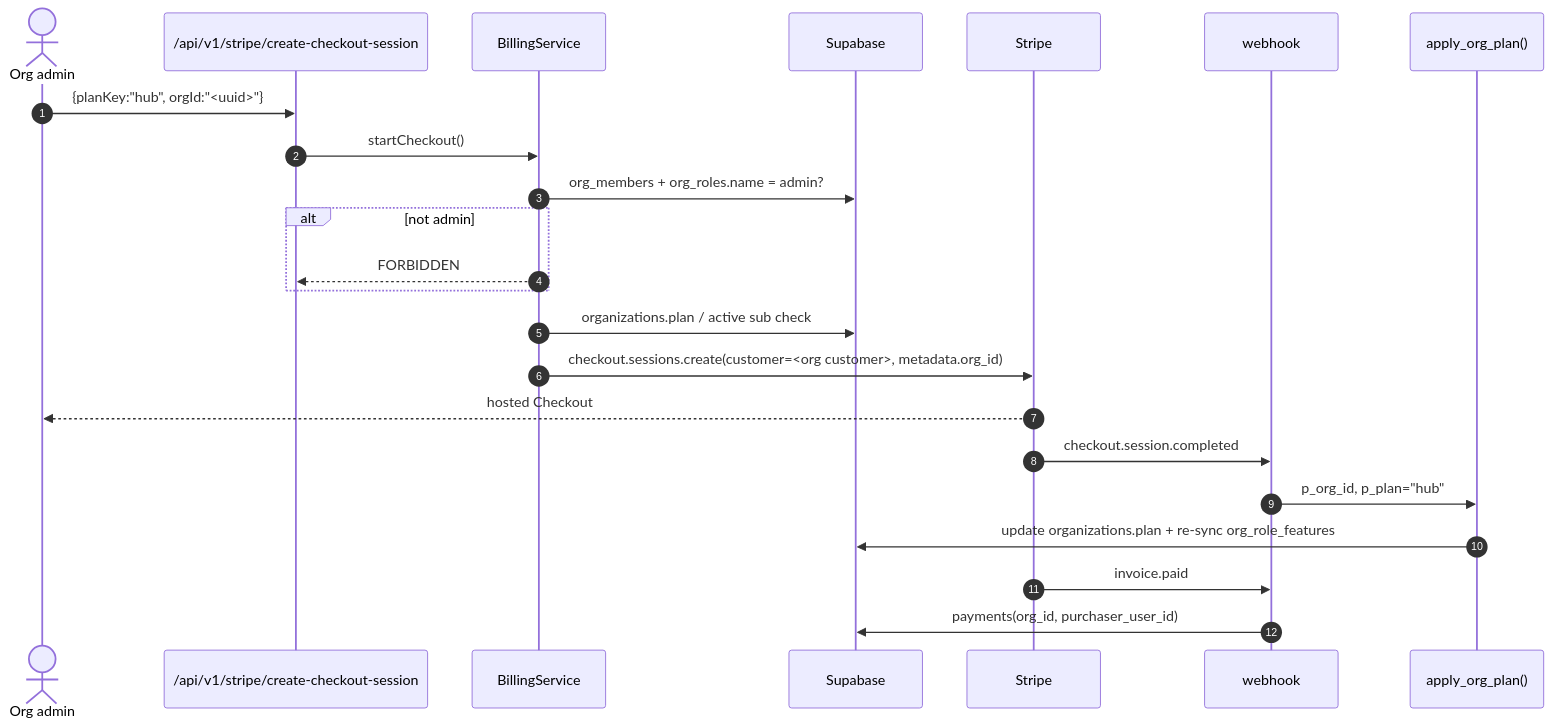
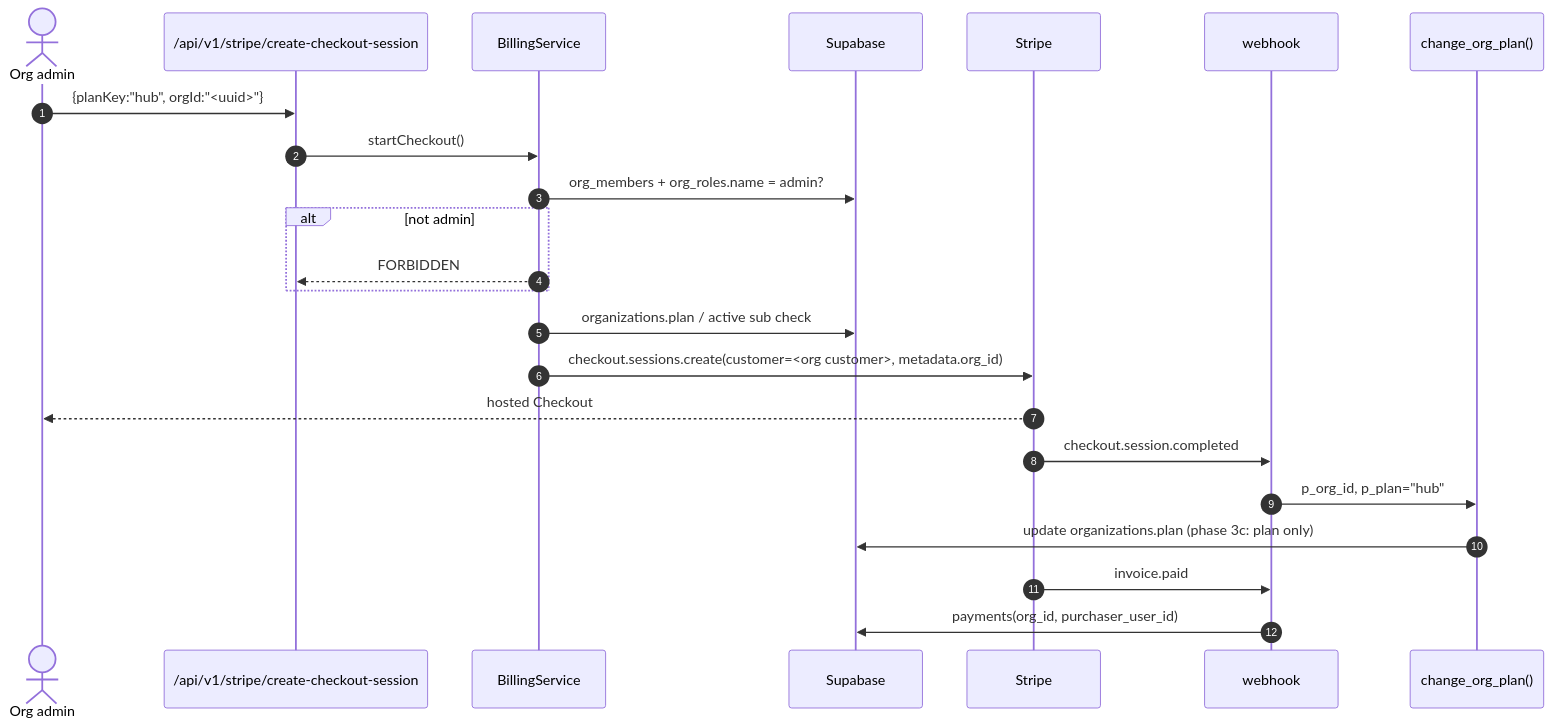
One commit to logyQT/studiq changed the third of 6 diagrams in docs/plans/662-stripe-integration.md. Above: the diagram before and after it, drawn with Mermaid. The commit also changed other lines of this file and 55 other files, not shown here.

First line of the commit message:
feat(db): the org plan is the only org entitlement state (ADR-0015 phase 3c) (#1408)

````diff
--- a/docs/plans/662-stripe-integration.md
+++ b/docs/plans/662-stripe-integration.md
@@ -169,26 +169,26 @@
 ```mermaid
 sequenceDiagram
     autonumber
     actor A as Org admin
     participant API as /api/v1/stripe/create-checkout-session
     participant B as BillingService
     participant DB as Supabase
     participant S as Stripe
     participant W as webhook
-    participant F as apply_org_plan()
+    participant F as change_org_plan()
 
     A->>API: {planKey:"hub", orgId:"<uuid>"}
     API->>B: startCheckout()
     B->>DB: org_members + org_roles.name = admin?
     alt not admin
         B-->>API: FORBIDDEN
     end
     B->>DB: organizations.plan / active sub check
     B->>S: checkout.sessions.create(customer=<org customer>, metadata.org_id)
     S-->>A: hosted Checkout
     S->>W: checkout.session.completed
     W->>F: p_org_id, p_plan="hub"
-    F->>DB: update organizations.plan + re-sync org_role_features
+    F->>DB: update organizations.plan (phase 3c: plan only)
     S->>W: invoice.paid
     W->>DB: payments(org_id, purchaser_user_id)
 ```
````
